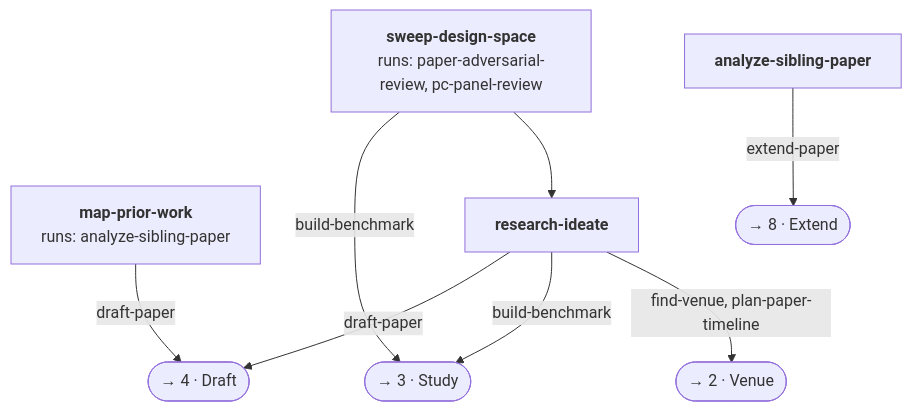
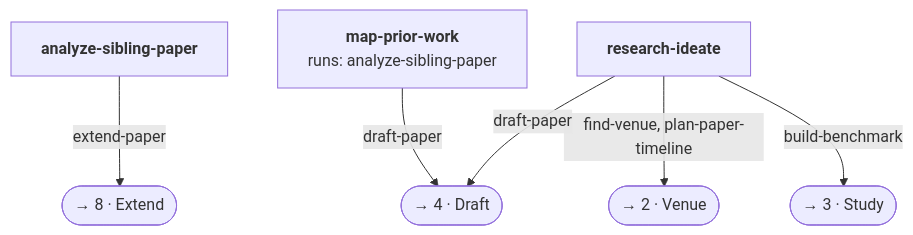
One commit to zernie/paperlint changed the second of 9 diagrams in docs/pipeline.md. Above: the diagram before and after it, drawn with Mermaid. The commit also changed other lines of this file and 145 other files, not shown here.

````diff
--- a/docs/pipeline.md
+++ b/docs/pipeline.md
@@ -58,18 +56,15 @@
 ```mermaid
 flowchart TB
   analyze_sibling_paper["<b>analyze-sibling-paper</b>"]
   map_prior_work["<b>map-prior-work</b><br/>runs: analyze-sibling-paper"]
   research_ideate["<b>research-ideate</b>"]
-  sweep_design_space["<b>sweep-design-space</b><br/>runs: paper-adversarial-review, pc-panel-review"]
-  sweep_design_space --> research_ideate
   to_stage_extend(["→ 8 · Extend"])
   to_stage_draft(["→ 4 · Draft"])
   to_stage_venue(["→ 2 · Venue"])
   to_stage_study(["→ 3 · Study"])
   analyze_sibling_paper -- "extend-paper" --> to_stage_extend
   map_prior_work -- "draft-paper" --> to_stage_draft
   research_ideate -- "find-venue, plan-paper-timeline" --> to_stage_venue
   research_ideate -- "build-benchmark" --> to_stage_study
   research_ideate -- "draft-paper" --> to_stage_draft
-  sweep_design_space -- "build-benchmark" --> to_stage_study
 ```
````
